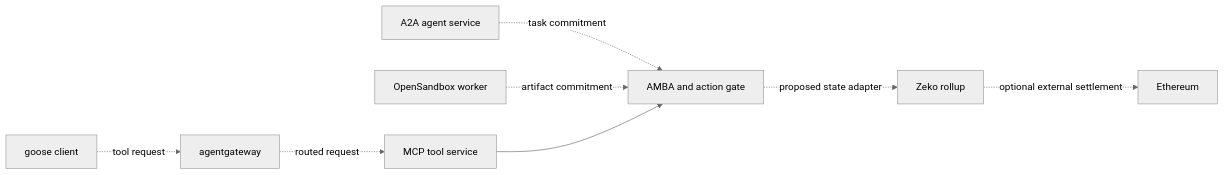
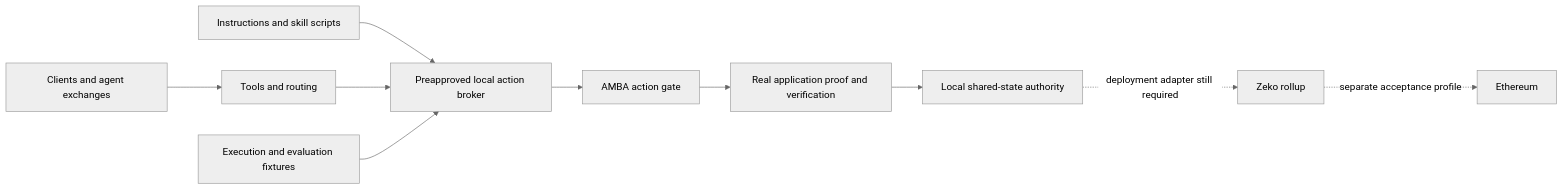
The diagram in ecosystem/README.md (Evan-k-global/aaif), drawn with Mermaid (neutral theme) before and after one commit. The commit also changed other lines of this file and 61 other files, not shown here.

````diff
--- a/ecosystem/README.md
+++ b/ecosystem/README.md
@@ -23,10 +39,12 @@
 ```mermaid
 flowchart LR
-  G[goose client] -. tool request .-> W[agentgateway]
-  W -. routed request .-> M[MCP tool service]
-  A[A2A agent service] -. task commitment .-> B[AMBA and action gate]
-  O[OpenSandbox worker] -. artifact commitment .-> B
-  M --> B
-  B -. proposed state adapter .-> Z[Zeko rollup]
-  Z -. optional external settlement .-> E[Ethereum]
+  C[Clients and agent exchanges] --> T[Tools and routing]
+  I[Instructions and skill scripts] --> B[Preapproved local action broker]
+  T --> B
+  X[Execution and evaluation fixtures] --> B
+  B --> A[AMBA action gate]
+  A --> P[Real application proof and verification]
+  P --> L[Local shared-state authority]
+  L -. deployment adapter still required .-> Z[Zeko rollup]
+  Z -. separate acceptance profile .-> E[Ethereum]
 ```
````
